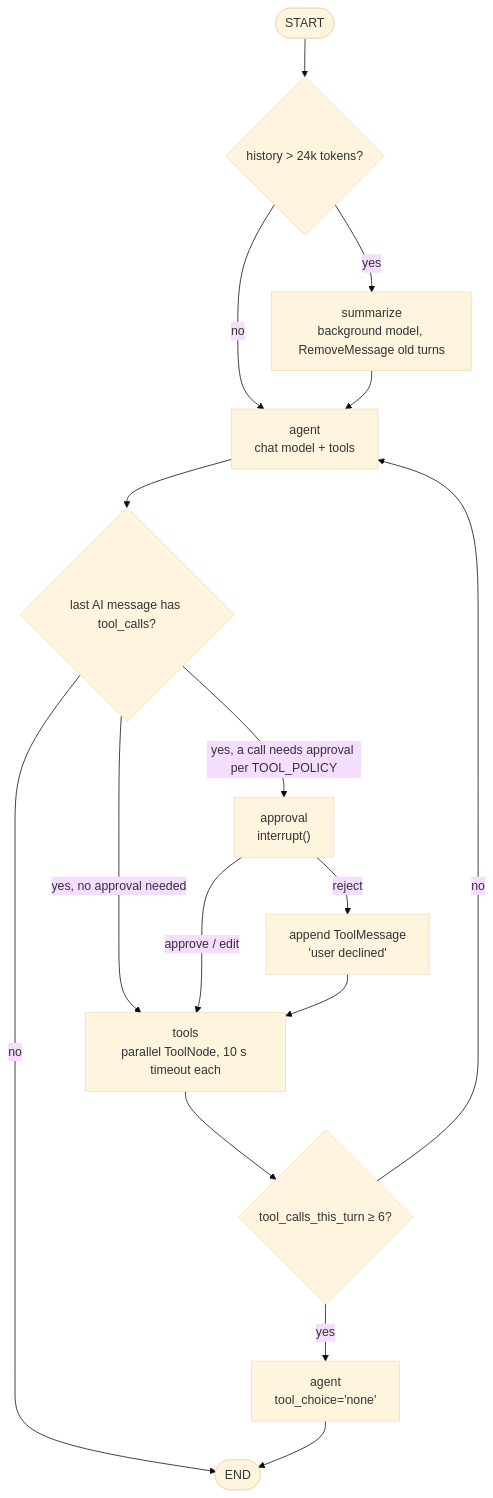
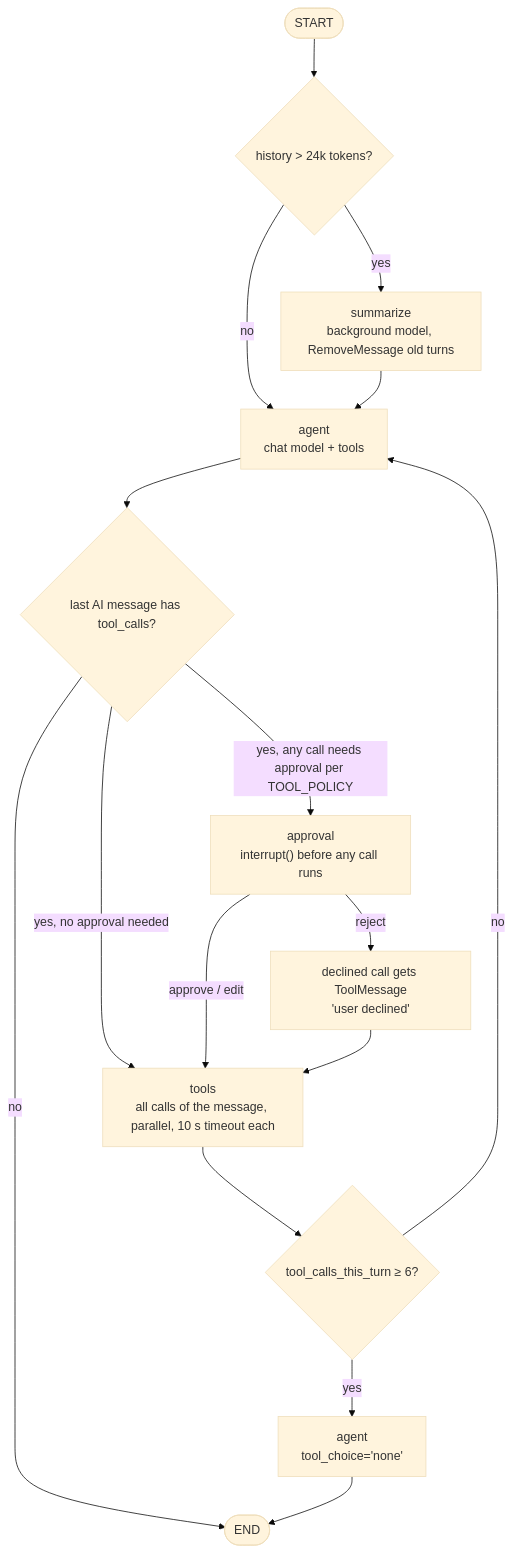
One commit to dinesh24murali/nexus-ai changed the third of 3 diagrams in docs/02_outputs/08_ai_system_design.md. Above: the diagram before and after it, drawn with Mermaid (base theme). The commit also changed other lines of this file and 22 other files, not shown here.

````diff
--- a/docs/02_outputs/08_ai_system_design.md
+++ b/docs/02_outputs/08_ai_system_design.md
@@ -127,16 +120,16 @@
 ```mermaid
 flowchart TD
   S([START]) --> SM{history > 24k tokens?}
   SM -- yes --> SUM[summarize<br/>background model, RemoveMessage old turns]
   SM -- no --> AG
   SUM --> AG[agent<br/>chat model + tools]
   AG --> R{last AI message has tool_calls?}
   R -- no --> E([END])
-  R -- yes, a call needs approval per TOOL_POLICY --> AP["approval<br/>interrupt()"]
-  R -- yes, no approval needed --> T[tools<br/>parallel ToolNode, 10 s timeout each]
+  R -- yes, any call needs approval per TOOL_POLICY --> AP["approval<br/>interrupt() before any call runs"]
+  R -- yes, no approval needed --> T[tools<br/>all calls of the message, parallel, 10 s timeout each]
   AP -- approve / edit --> T
-  AP -- reject --> RJ[append ToolMessage<br/>'user declined'] --> T
+  AP -- reject --> RJ[declined call gets ToolMessage<br/>'user declined'] --> T
   T --> C{tool_calls_this_turn ≥ 6?}
   C -- no --> AG
   C -- yes --> AGF[agent<br/>tool_choice='none'] --> E
 ```
````
